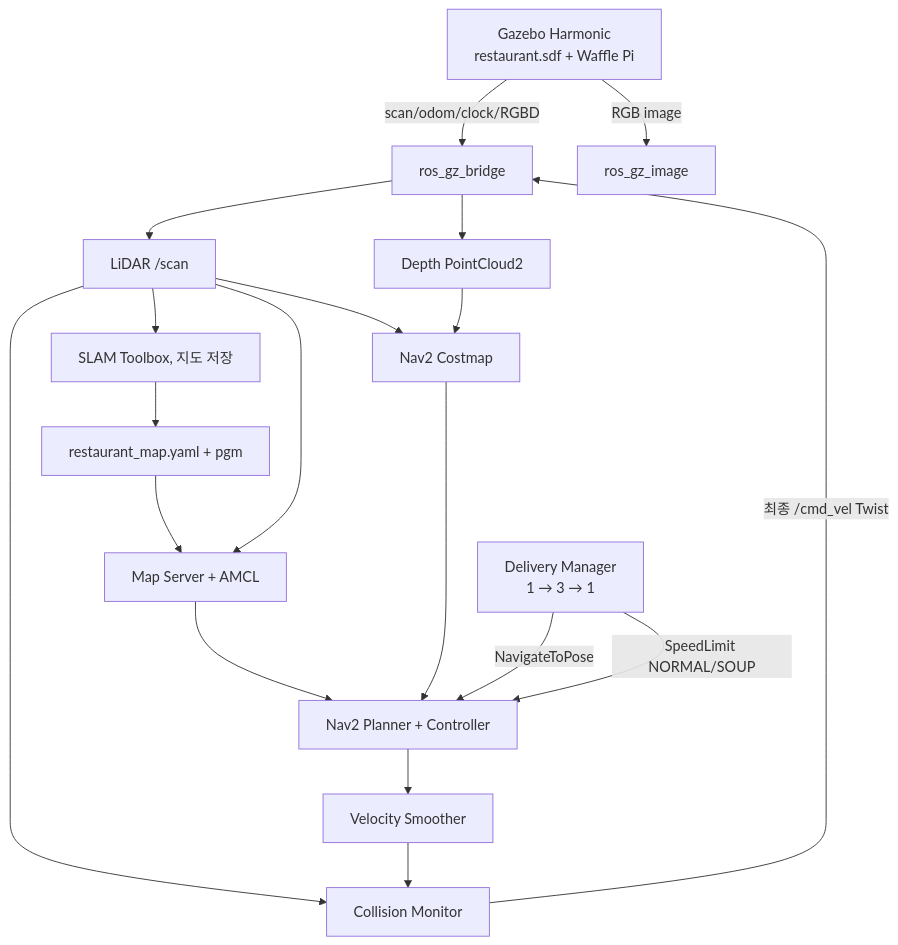
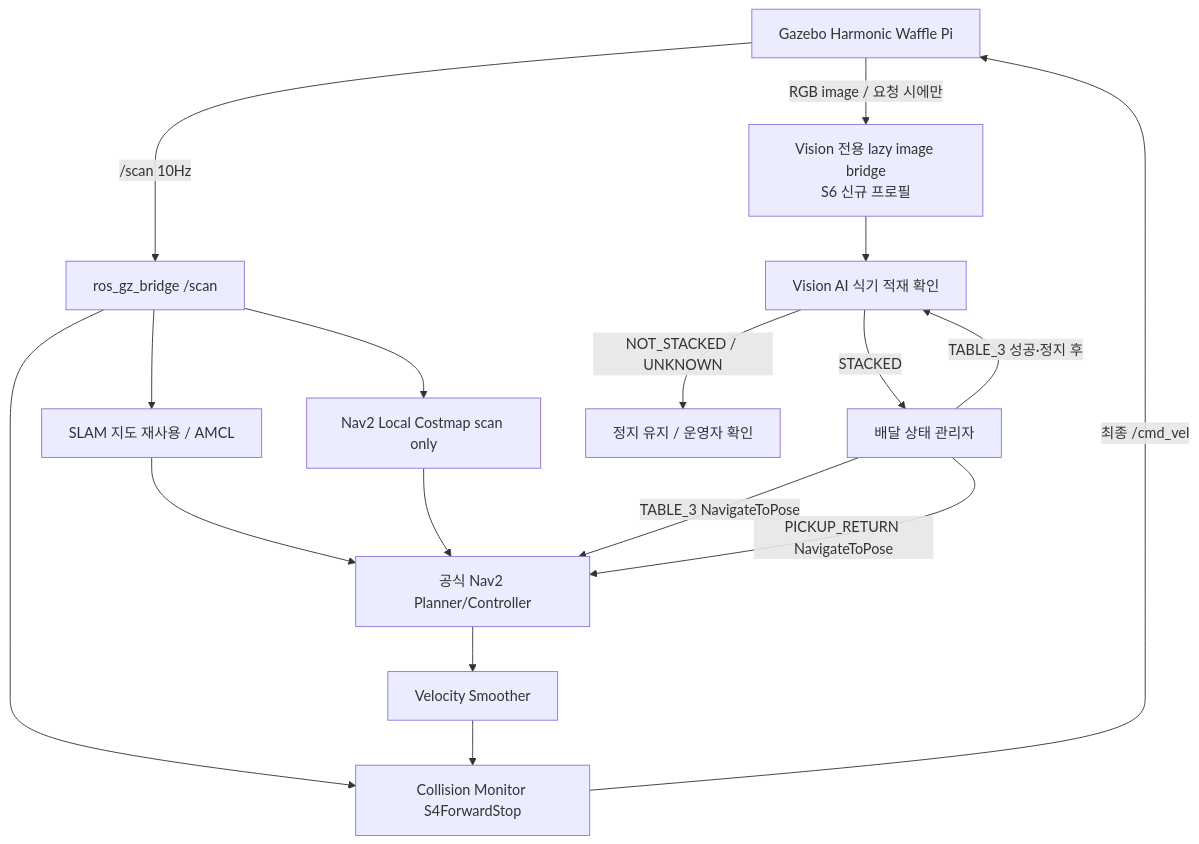
Before and after one commit to silverbjin/samsung_AXI: the diagram in docs/ARCHITECTURE.md, drawn with Mermaid. The commit also changed other lines of this file and 1 other file, not shown here.

Commit message:
docs(S6): align MVP with on-demand table RGB Vision AI, preserve S5 scan-only safety

````diff
--- a/docs/ARCHITECTURE.md
+++ b/docs/ARCHITECTURE.md
@@ -3,21 +5,19 @@
 ```mermaid
 flowchart TD
-    GZ[Gazebo Harmonic\nrestaurant.sdf + Waffle Pi] -->|scan/odom/clock/RGBD| BR[ros_gz_bridge]
-    GZ -->|RGB image| IM[ros_gz_image]
-    BR --> SC[LiDAR /scan]
-    BR --> DEP[Depth PointCloud2]
-    SC --> SLAM[SLAM Toolbox, 지도 저장]
-    SLAM --> MAP[restaurant_map.yaml + pgm]
-    MAP --> AMCL[Map Server + AMCL]
-    SC --> AMCL
-    SC --> CM[Collision Monitor]
-    SC --> COST[Nav2 Costmap]
-    DEP --> COST
-    AMCL --> NAV[Nav2 Planner + Controller]
+    GZ[Gazebo Harmonic Waffle Pi] -->|/scan 10Hz| BR[ros_gz_bridge /scan]
+    BR --> LOC[SLAM 지도 재사용 / AMCL]
+    BR --> COST[Nav2 Local Costmap scan only]
+    BR --> CM[Collision Monitor S4ForwardStop]
+    LOC --> NAV[공식 Nav2 Planner/Controller]
     COST --> NAV
-    NAV --> VEL[Velocity Smoother]
-    VEL --> CM
-    CM -->|최종 /cmd_vel Twist| BR
-    PY[Delivery Manager\n1 → 3 → 1] -->|NavigateToPose| NAV
-    PY -->|SpeedLimit NORMAL/SOUP| NAV
+    NAV --> VS[Velocity Smoother]
+    VS --> CM
+    CM -->|최종 /cmd_vel| GZ
+    FLOW[배달 상태 관리자] -->|TABLE_3 NavigateToPose| NAV
+    FLOW -->|TABLE_3 성공·정지 후| AI[Vision AI 식기 적재 확인]
+    GZ -->|RGB image / 요청 시에만| LAZY[Vision 전용 lazy image bridge<br/>S6 신규 프로필]
+    LAZY --> AI
+    AI -->|STACKED| FLOW
+    FLOW -->|PICKUP_RETURN NavigateToPose| NAV
+    AI -->|NOT_STACKED / UNKNOWN| HOLD[정지 유지 / 운영자 확인]
 ```
````
